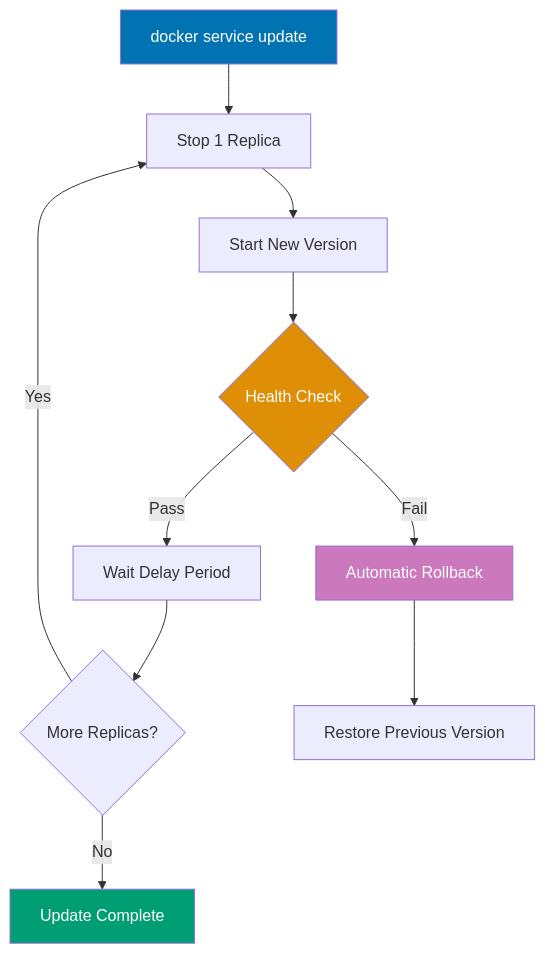
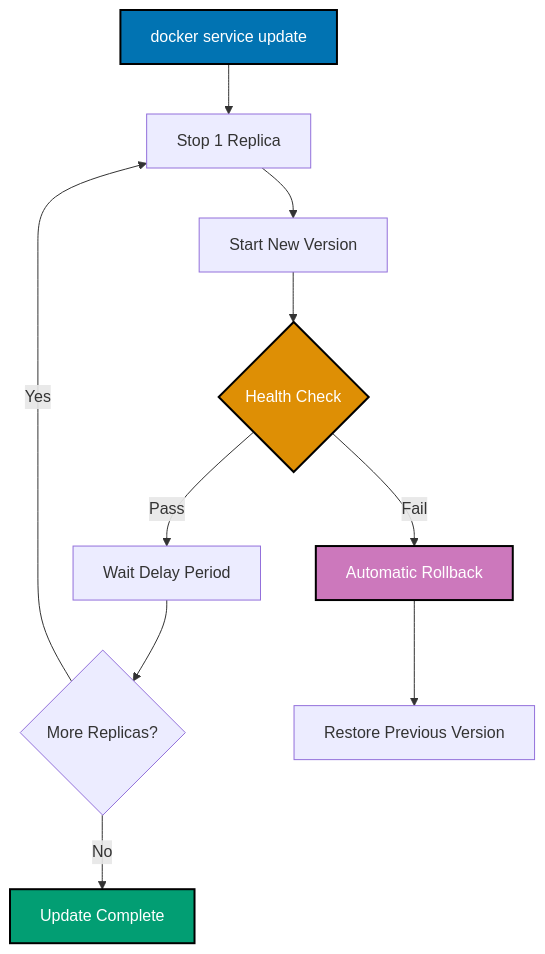
Before and after one commit to wahidyankf/open-sharia-enterprise: the ninth of 14 diagrams in apps/ayokoding-web/content/en/learn/software-engineering/infrastructure/tools/docker/by-example/advanced.md, drawn with Mermaid. The commit also changed other lines of this file and 25 other files, not shown here.

````diff
--- a/apps/ayokoding-web/content/en/learn/software-engineering/infrastructure/tools/docker/by-example/advanced.md
+++ b/apps/ayokoding-web/content/en/learn/software-engineering/infrastructure/tools/docker/by-example/advanced.md
@@ -2500,17 +2508,18 @@
 ```mermaid
+%% Color Palette: Blue #0173B2, Orange #DE8F05, Teal #029E73, Purple #CC78BC, Brown #CA9161
 graph TD
  A["docker service update"] --> B["Stop 1 Replica"]
  B --> C["Start New Version"]
  C --> D{Health Check}
  D -->|Pass| E["Wait Delay Period"]
  D -->|Fail| F["Automatic Rollback"]
  E --> G{More Replicas?}
  G -->|Yes| B
  G -->|No| H["Update Complete"]
  F --> I["Restore Previous Version"]
 
- style A fill:#0173B2,color:#fff
- style D fill:#DE8F05,color:#fff
- style H fill:#029E73,color:#fff
- style F fill:#CC78BC,color:#fff
+ style A fill:#0173B2,stroke:#000000,stroke-width:2px,color:#fff
+ style D fill:#DE8F05,stroke:#000000,stroke-width:2px,color:#fff
+ style H fill:#029E73,stroke:#000000,stroke-width:2px,color:#fff
+ style F fill:#CC78BC,stroke:#000000,stroke-width:2px,color:#fff
 ```
````
